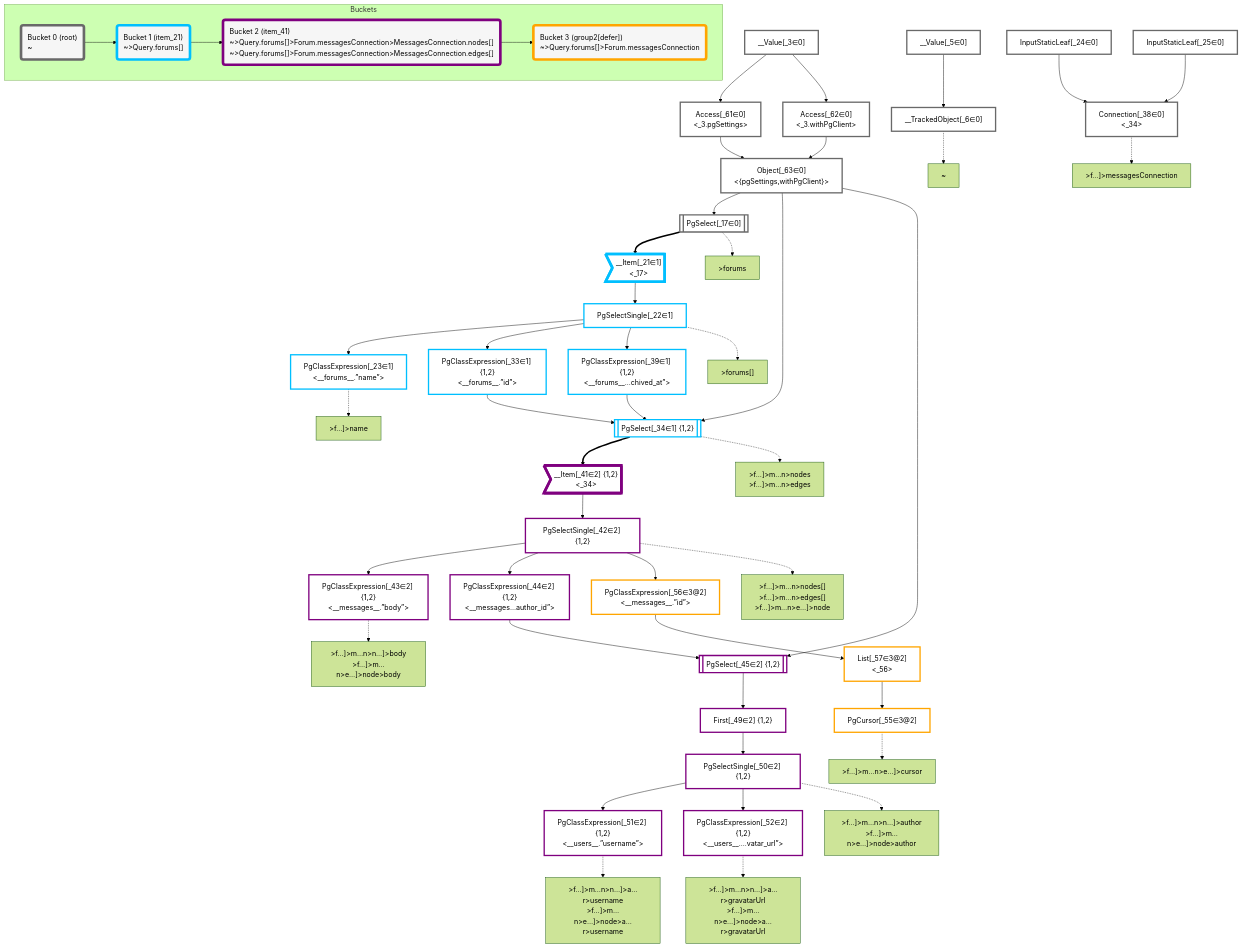
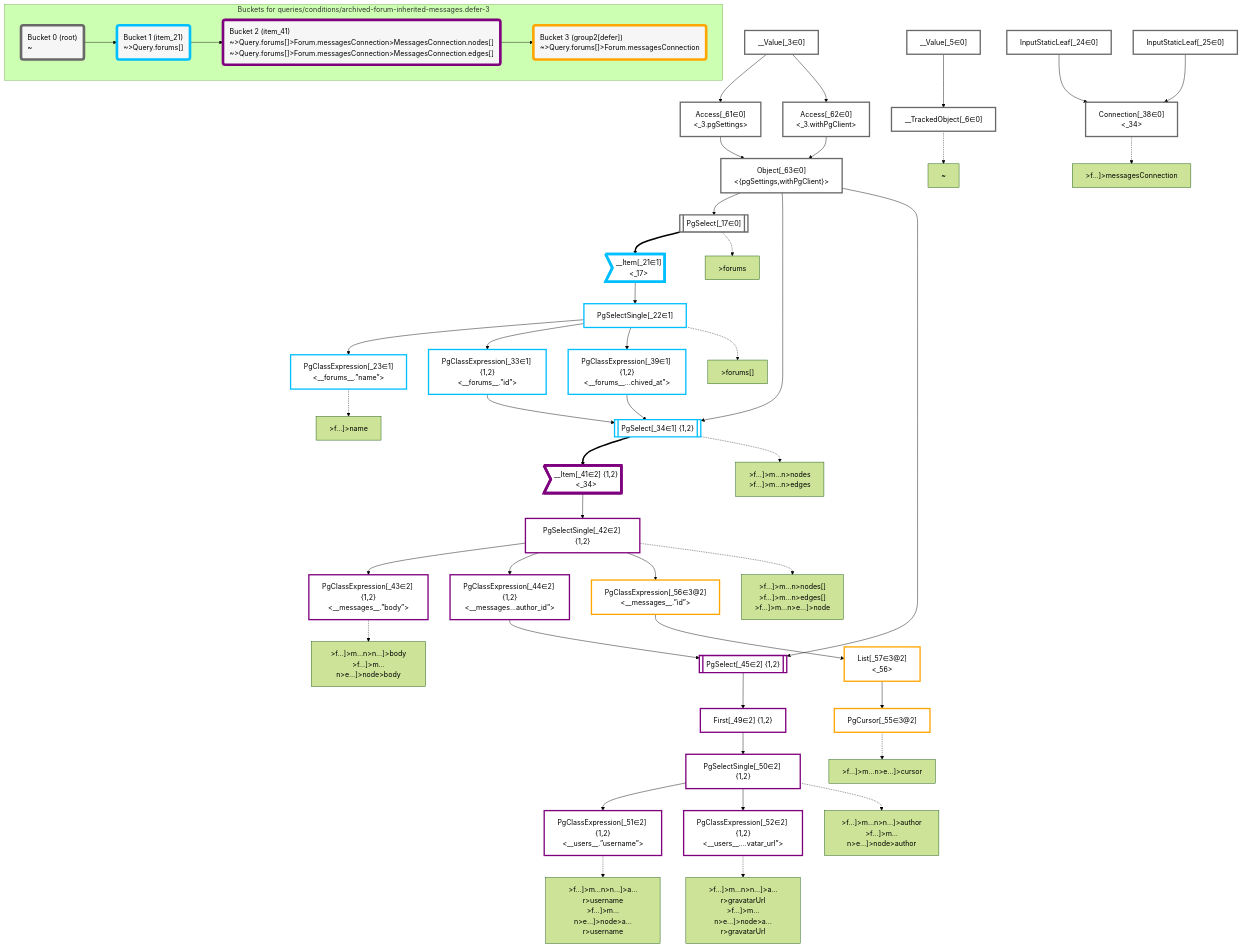
One commit to graphile/crystal changed the diagram in packages/dataplan-pg/__tests__/queries/conditions/archived-forum-inherited-messages.defer-3.deopt.mermaid.md. Above: the diagram before and after it, drawn with Mermaid (forest theme). The commit also changed 195 other files, not shown here.

```diff
--- a/packages/dataplan-pg/__tests__/queries/conditions/archived-forum-inherited-messages.defer-3.deopt.mermaid.md
+++ b/packages/dataplan-pg/__tests__/queries/conditions/archived-forum-inherited-messages.defer-3.deopt.mermaid.md
@@ -104,7 +104,7 @@
     classDef bucket3 stroke:#ffa500
     class PgCursor_55,PgClassExpression_56,List_57 bucket3
 
-    subgraph Buckets
+    subgraph "Buckets for queries/conditions/archived-forum-inherited-messages.defer-3"
     Bucket0("Bucket 0 (root)<br />~"):::bucket
     style Bucket0 stroke:#696969
     Bucket1("Bucket 1 (item_21)<br />~>Query.forums[]"):::bucket
```
